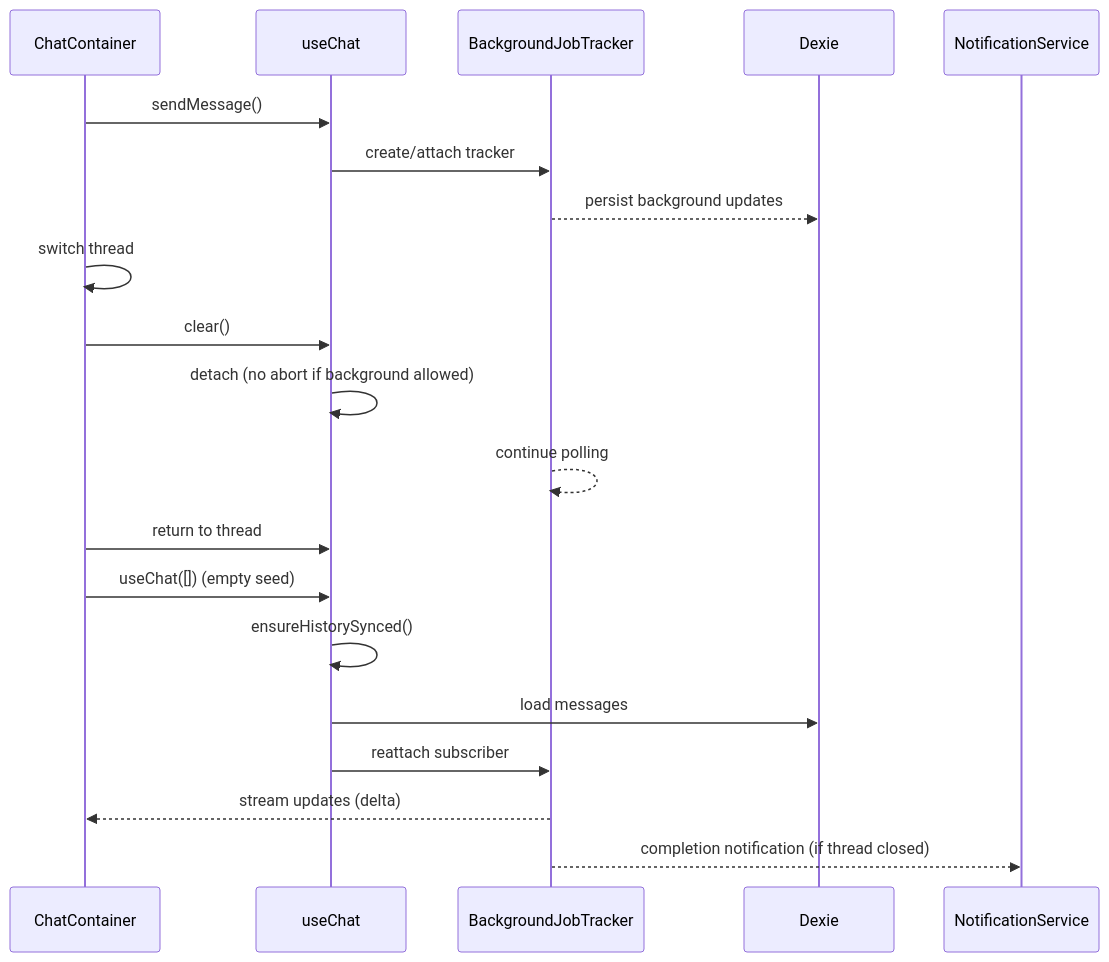
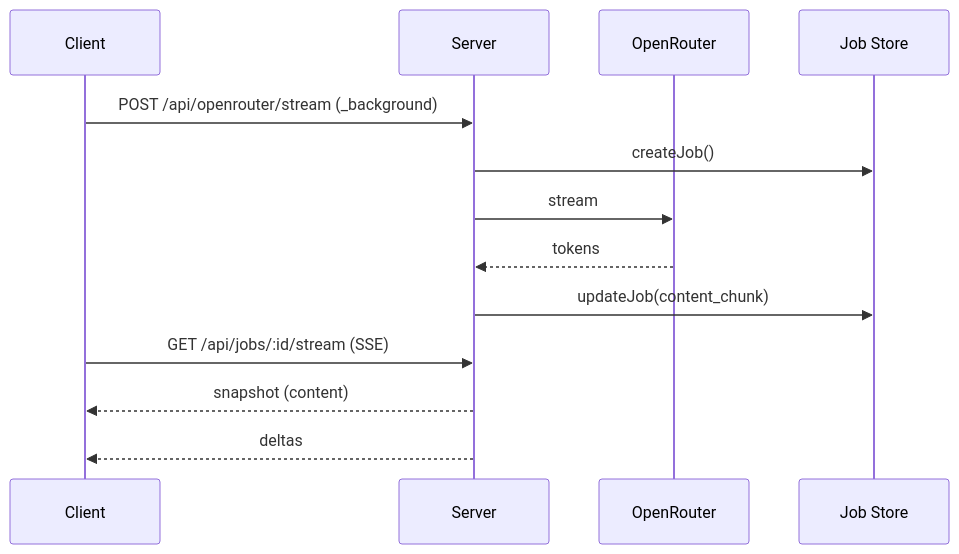
The diagram in planning/background-streaming-fix-2026-01-24/design.md (Saluana/or3-chat), drawn with Mermaid before and after one commit. The commit also changed other lines of this file and 16 other files, not shown here.

First line of the commit message:
feat: Implement server-authoritative background streaming with SSE support

````diff
--- a/planning/background-streaming-fix-2026-01-24/design.md
+++ b/planning/background-streaming-fix-2026-01-24/design.md
@@ -34,26 +24,16 @@
 ```mermaid
 sequenceDiagram
-    participant UI as ChatContainer
-    participant Chat as useChat
-    participant Job as BackgroundJobTracker
-    participant DB as Dexie
-    participant Notify as NotificationService
+    participant Client
+    participant Server
+    participant OR as OpenRouter
+    participant Store as Job Store
 
-    UI->>Chat: sendMessage()
-    Chat->>Job: create/attach tracker
-    Job-->>DB: persist background updates
-
-    UI->>UI: switch thread
-    UI->>Chat: clear()
-    Chat->>Chat: detach (no abort if background allowed)
-    Job-->>Job: continue polling
-
-    UI->>Chat: return to thread
-    UI->>Chat: useChat([]) (empty seed)
-    Chat->>Chat: ensureHistorySynced()
-    Chat->>DB: load messages
-    Chat->>Job: reattach subscriber
-    Job-->>UI: stream updates (delta)
-
-    Job-->>Notify: completion notification (if thread closed)
+    Client->>Server: POST /api/openrouter/stream (_background)
+    Server->>Store: createJob()
+    Server->>OR: stream
+    OR-->>Server: tokens
+    Server->>Store: updateJob(content_chunk)
+    Client->>Server: GET /api/jobs/:id/stream (SSE)
+    Server-->>Client: snapshot (content)
+    Server-->>Client: deltas
 ```
````
